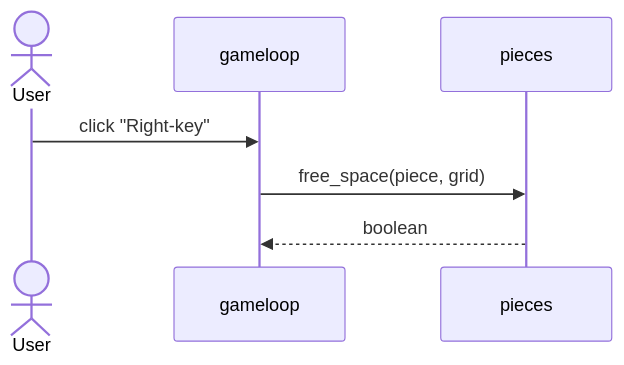
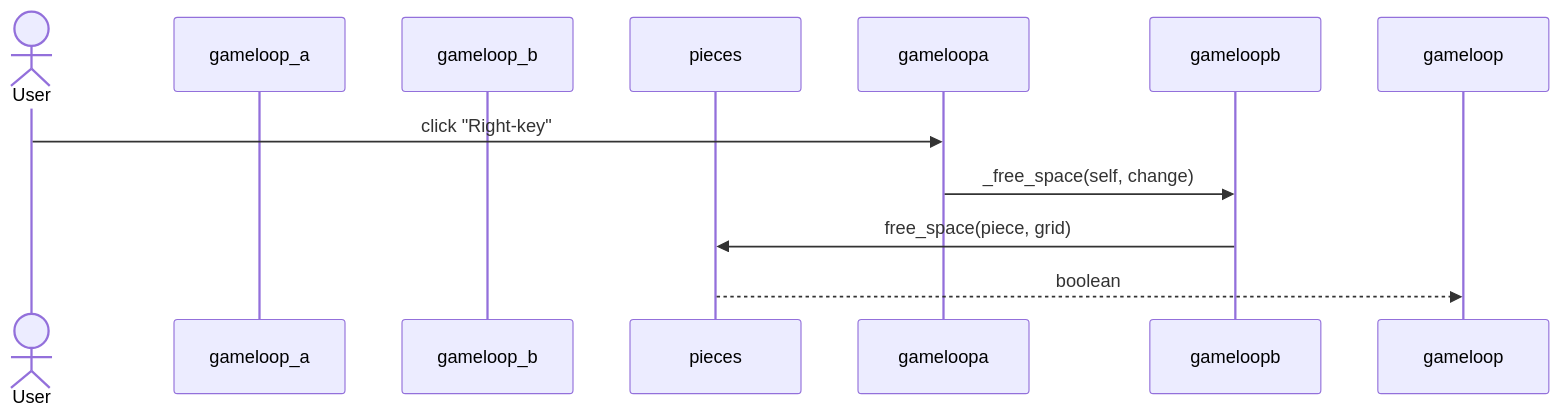
One commit to HYTApio/ot-harjoitustyo changed the third of 3 diagrams in dokumentaatio/arkkitehtuuri.md. Above: the diagram before and after it, drawn with Mermaid. The commit also changed other lines of this file, not shown here.

````diff
--- a/dokumentaatio/arkkitehtuuri.md
+++ b/dokumentaatio/arkkitehtuuri.md
@@ -20,9 +49,11 @@
 ```mermaid
 sequenceDiagram
   actor User
-  participant gameloop
+  participant gameloop_a
+  participant gameloop_b
   participant pieces
-  User->>gameloop: click "Right-key"
-  gameloop->>pieces: free_space(piece, grid)
+  User->>gameloopa: click "Right-key"
+  gameloopa->>gameloopb: _free_space(self, change)
+  gameloopb->>pieces: free_space(piece, grid)
   pieces-->>gameloop: boolean
 ```
````
